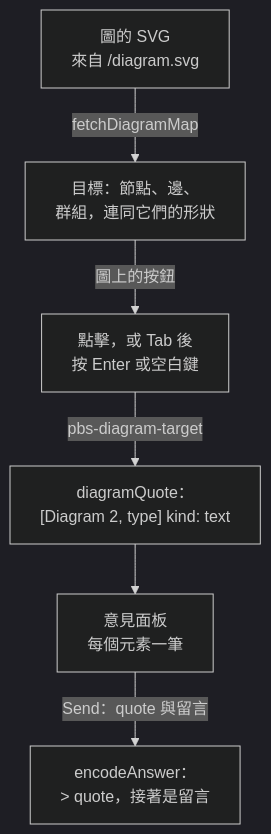
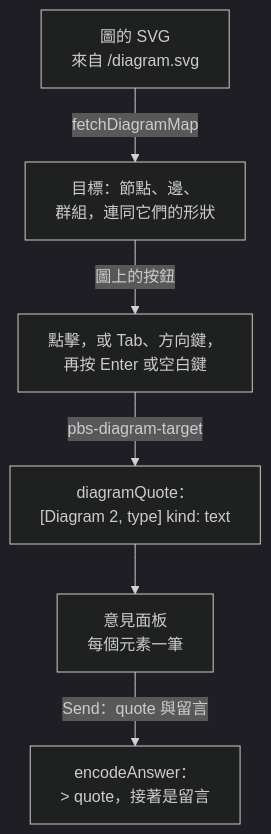
One commit to wayne930242/pi-better-show changed the second of 3 diagrams in docs/reference.zh-TW.md. Above: the diagram before and after it, drawn with Mermaid (dark theme). The commit also changed other lines of this file, not shown here.

Commit message:
docs(reference): bring the zh-TW twin to the diagram follow-ups

````diff
--- a/docs/reference.zh-TW.md
+++ b/docs/reference.zh-TW.md
@@ -751,8 +751,8 @@
 ```mermaid
 flowchart TD
   svg["圖的 SVG<br/>來自 /diagram.svg"] -->|"fetchDiagramMap"| map["目標：節點、邊、<br/>群組，連同它們的形狀"]
-  map -->|"圖上的按鈕"| press["點擊，或 Tab 後<br/>按 Enter 或空白鍵"]
+  map -->|"圖上的按鈕"| press["點擊，或 Tab、方向鍵，<br/>再按 Enter 或空白鍵"]
   press -->|"pbs-diagram-target"| quote["diagramQuote：<br/>[Diagram 2, type] kind: text"]
   quote --> panel["意見面板<br/>每個元素一筆"]
   panel -->|"Send：quote 與留言"| msg["encodeAnswer：<br/>> quote，接著是留言"]
 ```
````
